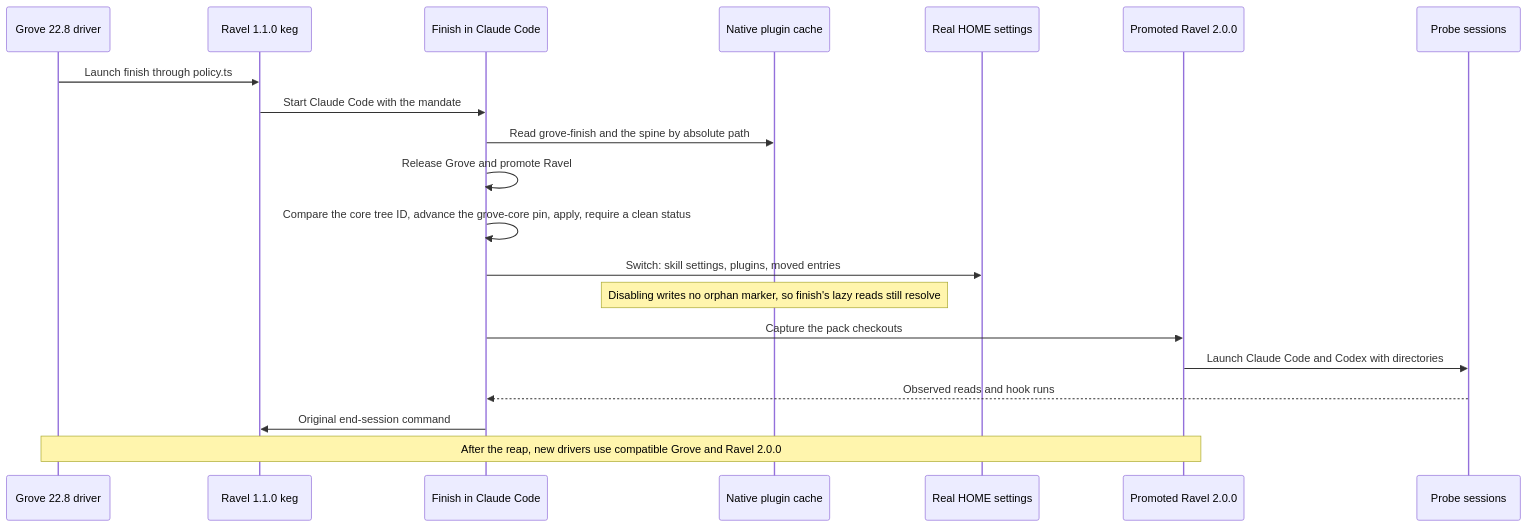
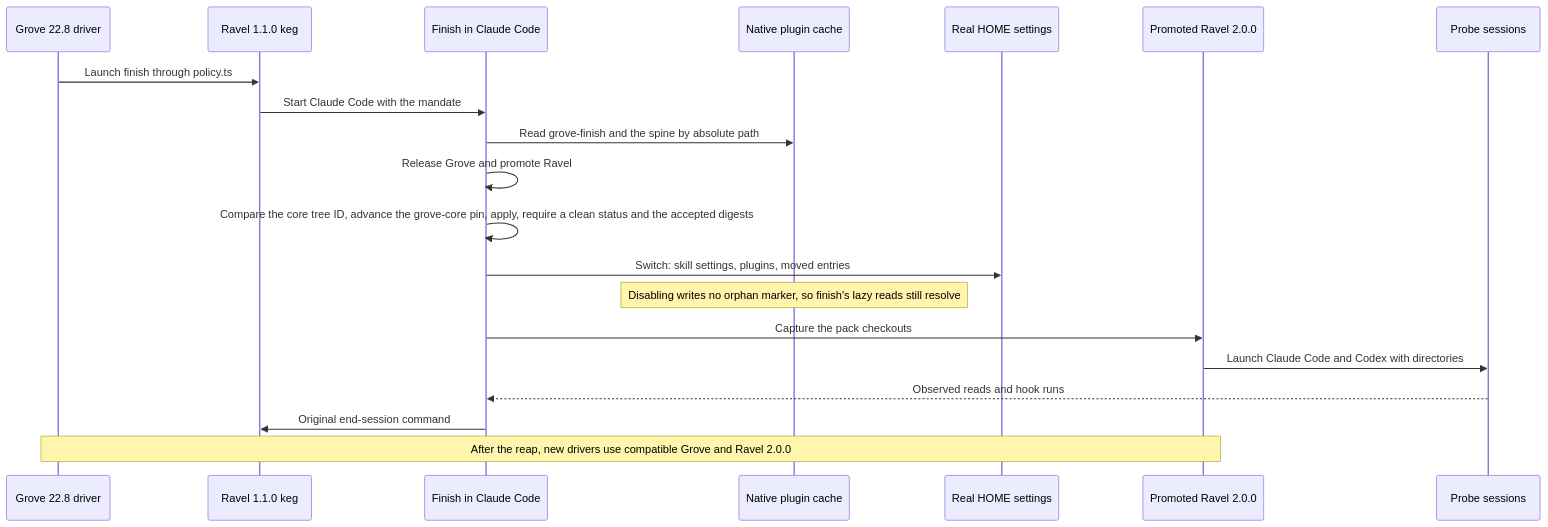
One commit to Linkuistics/grove changed the diagram in docs/design/harness-selection-and-execution/owner-final-session.mmd. Above: the diagram before and after it, drawn with Mermaid. The commit also changed 14 other files, not shown here.

```diff
--- a/docs/design/harness-selection-and-execution/owner-final-session.mmd
+++ b/docs/design/harness-selection-and-execution/owner-final-session.mmd
@@ -1,20 +1,20 @@
 sequenceDiagram
     participant D as Grove 22.8 driver
     participant R1 as Ravel 1.1.0 keg
     participant F as Finish in Claude Code
     participant N as Native plugin cache
     participant H as Real HOME settings
     participant R2 as Promoted Ravel 2.0.0
     participant P as Probe sessions
     D->>R1: Launch finish through policy.ts
     R1->>F: Start Claude Code with the mandate
     F->>N: Read grove-finish and the spine by absolute path
     F->>F: Release Grove and promote Ravel
-    F->>F: Compare the core tree ID, advance the grove-core pin, apply, require a clean status
+    F->>F: Compare the core tree ID, advance the grove-core pin, apply, require a clean status and the accepted digests
     F->>H: Switch: skill settings, plugins, moved entries
     Note over N: Disabling writes no orphan marker, so finish's lazy reads still resolve
     F->>R2: Capture the pack checkouts
     R2->>P: Launch Claude Code and Codex with directories
     P-->>F: Observed reads and hook runs
     F->>R1: Original end-session command
     Note over D,R2: After the reap, new drivers use compatible Grove and Ravel 2.0.0
```
